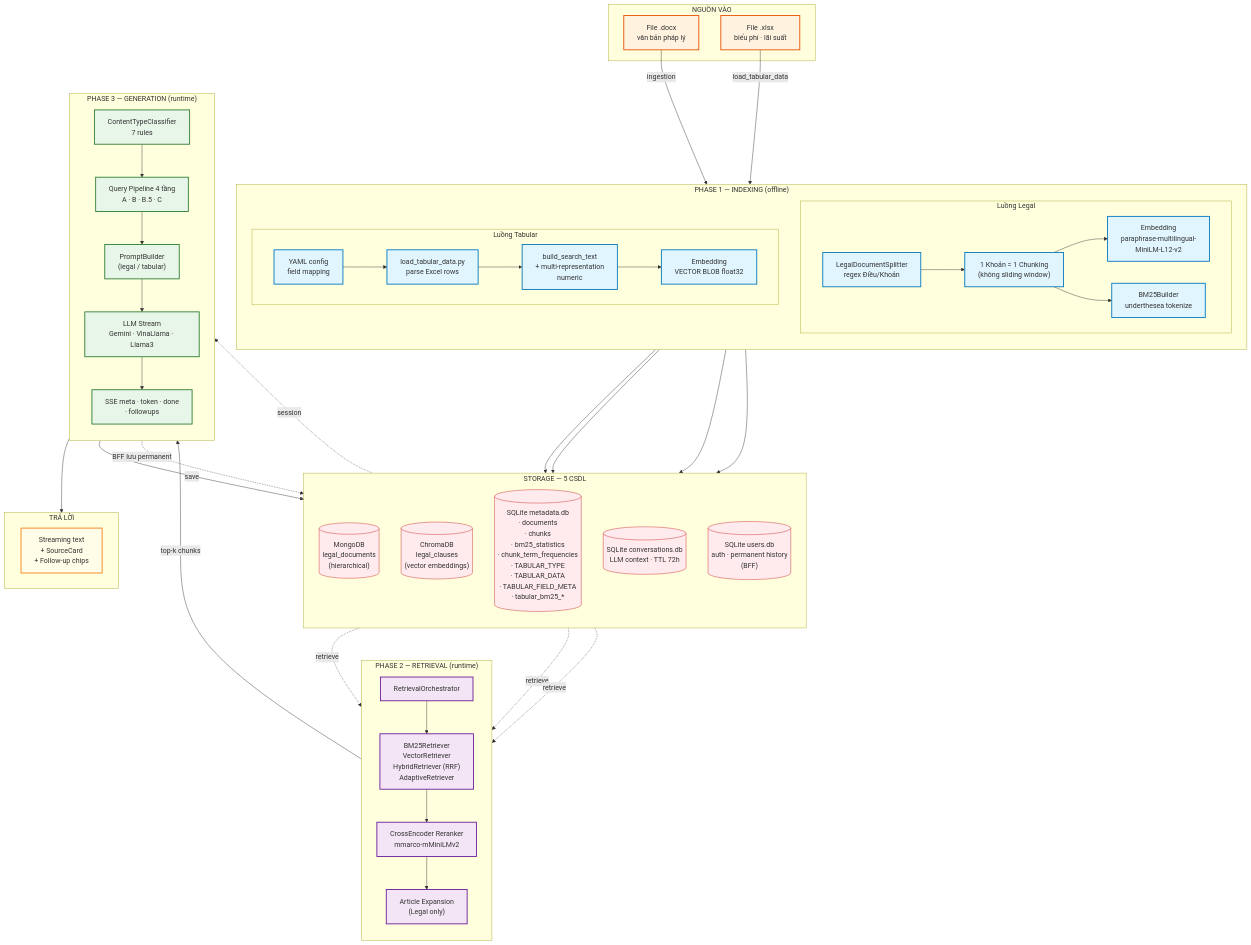
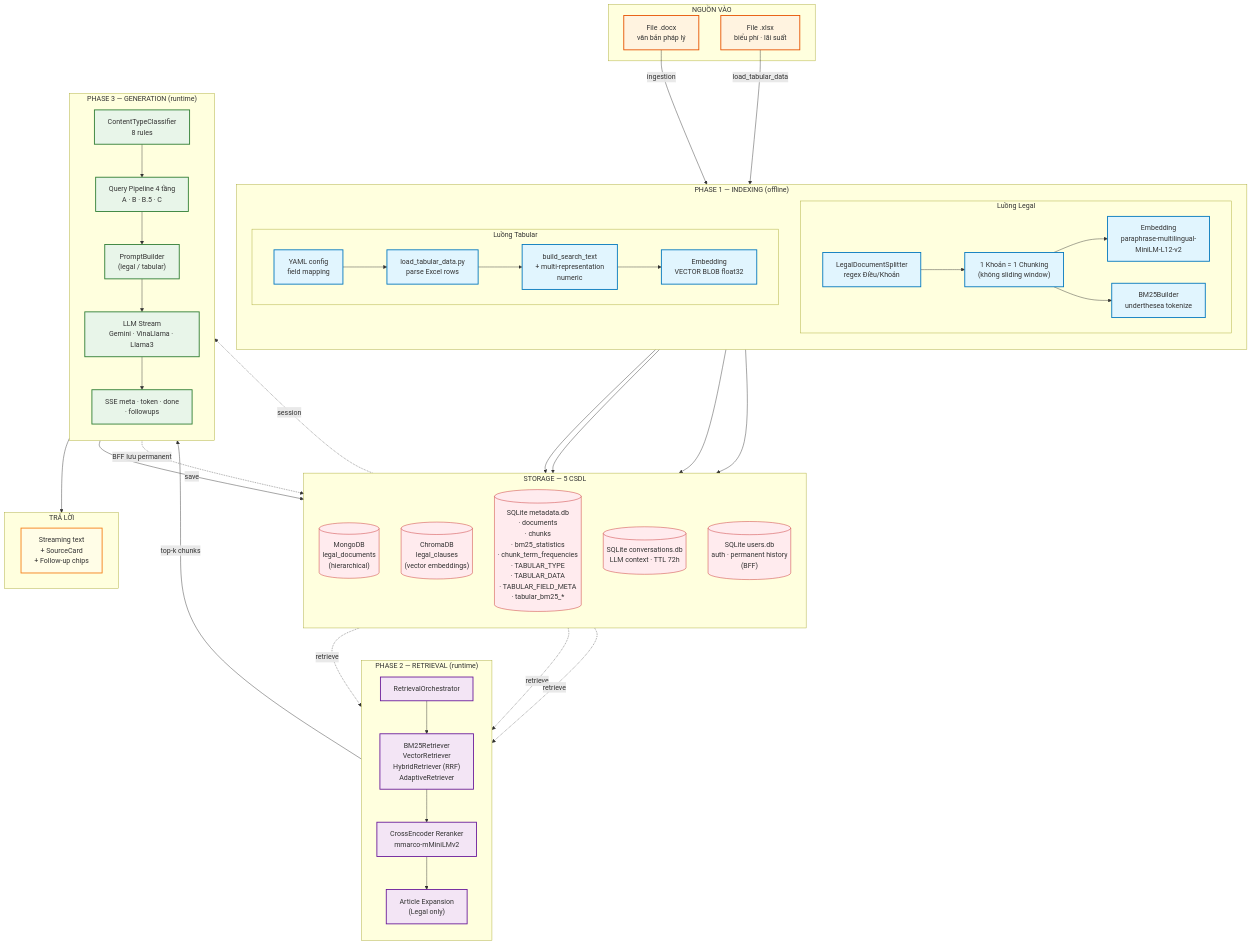
One commit to HungNqItca/RAG-chatbot-docs changed the diagram in 1-Tong-quan/mermaid/hinh_10_1_vong_doi_du_lieu.md. Above: the diagram before and after it, drawn with Mermaid. The commit also changed 74 other files, not shown here.

```diff
--- a/1-Tong-quan/mermaid/hinh_10_1_vong_doi_du_lieu.md
+++ b/1-Tong-quan/mermaid/hinh_10_1_vong_doi_du_lieu.md
@@ -45,7 +45,7 @@
 
     subgraph PHASE3["PHASE 3 — GENERATION (runtime)"]
         direction TB
-        G1["ContentTypeClassifier<br/>7 rules"]
+        G1["ContentTypeClassifier<br/>8 rules"]
         G2["Query Pipeline 4 tầng<br/>A · B · B.5 · C"]
         G3["PromptBuilder<br/>(legal / tabular)"]
         G4["LLM Stream<br/>Gemini · VinaLlama · Llama3"]
```
